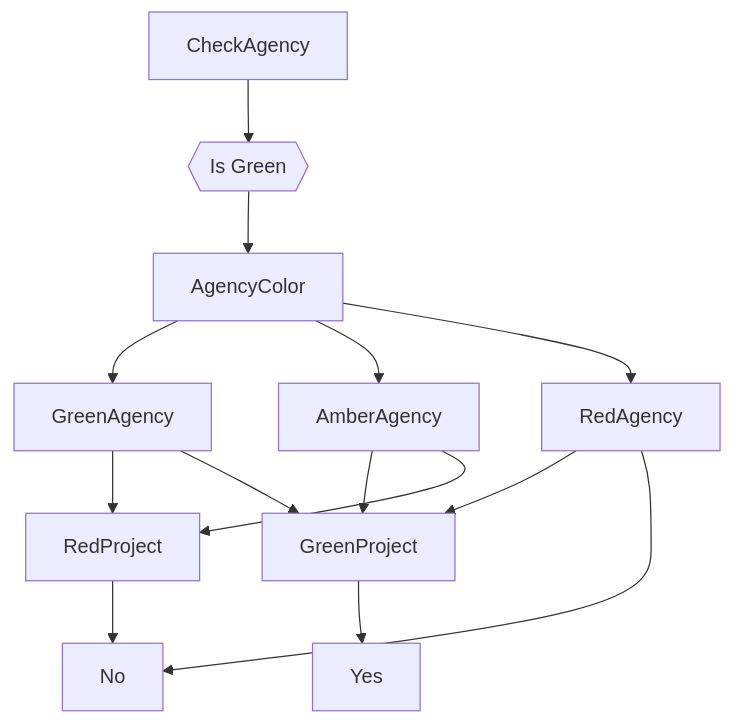
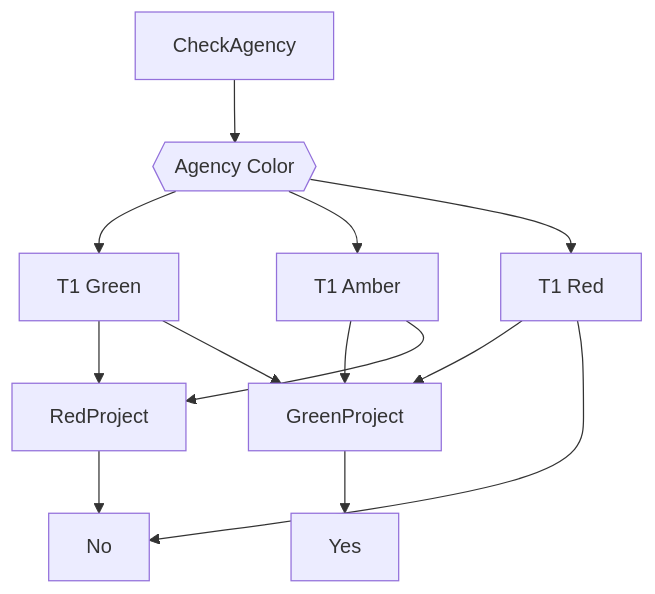
One commit to mgifford/mermaid-graphs changed the first of 2 diagrams in impact.md. Above: the diagram before and after it, drawn with Mermaid.

````diff
--- a/impact.md
+++ b/impact.md
@@ -5,16 +5,15 @@
 ```mermaid
 graph TD
-    CheckAgency-->IsGreen{{Is Green}};
-    IsGreen-->AgencyColor;
-    AgencyColor-->GreenAgency;
-    AgencyColor-->AmberAgency;
-    AgencyColor--> RedAgency;
+    CheckAgency-->IsGreen{{Agency Color}};
+    IsGreen-->GreenAgency[T1 Green];
+    IsGreen-->AmberAgency[T1 Amber];
+    IsGreen--> RedAgency[T1 Red];
     RedAgency-->GreenProject;
     RedAgency-->No;
     AmberAgency-->GreenProject;
     GreenAgency-->RedProject;
     AmberAgency-->RedProject;
     GreenAgency-->GreenProject;
     RedProject-->No;
     GreenProject-->Yes;
 ```
````
